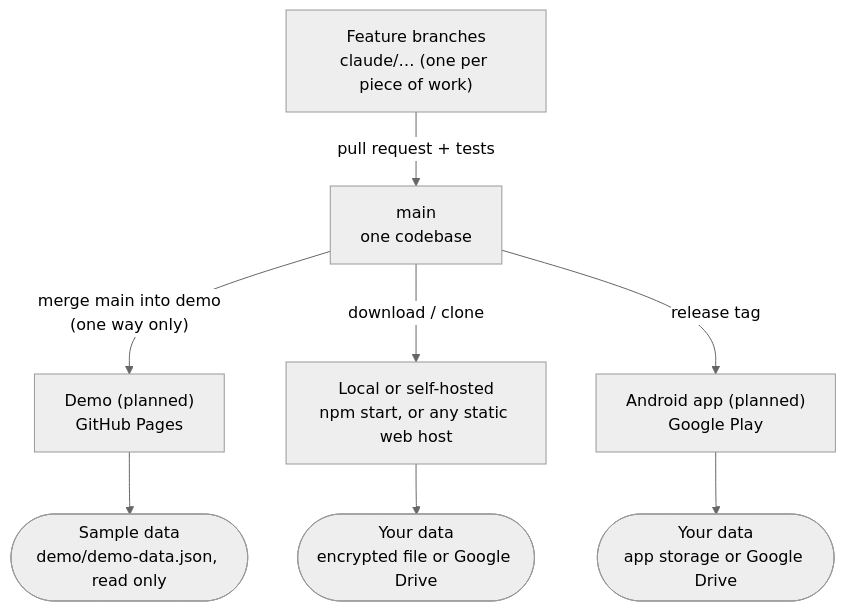
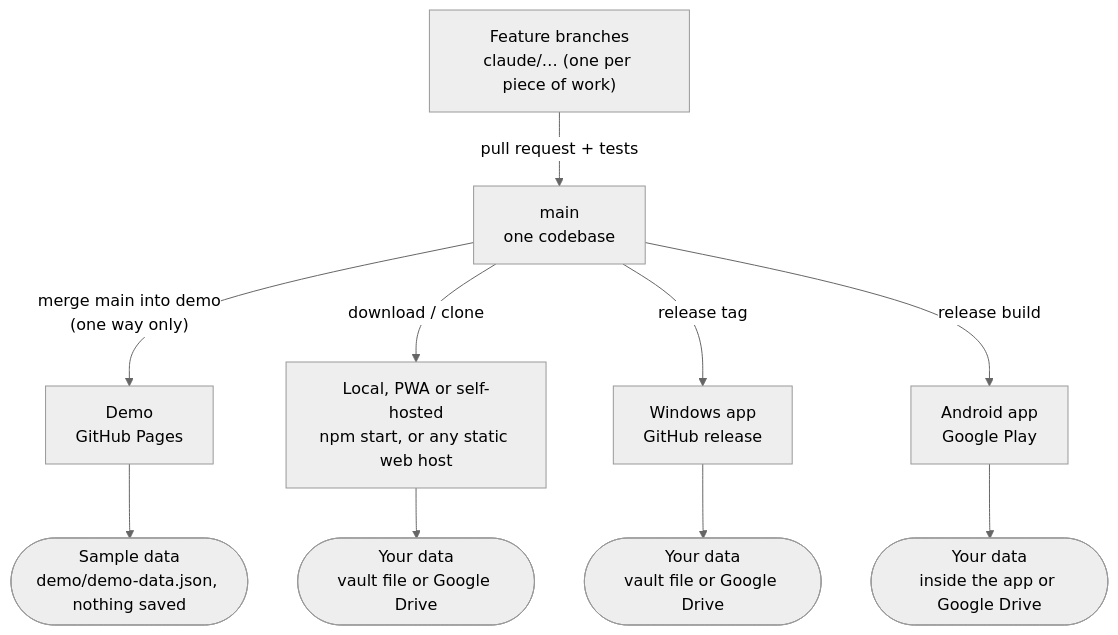
The diagram in README.md (make-ai-work/personal-financial-dashboard), drawn with Mermaid (neutral theme) before and after one commit. The commit also changed other lines of this file and 24 other files, not shown here.

````diff
--- a/README.md
+++ b/README.md
@@ -117,10 +333,12 @@
 ```mermaid
 flowchart TD
   F["Feature branches<br/>claude/… (one per piece of work)"] -- "pull request + tests" --> M["main<br/>one codebase"]
-  M -- "merge main into demo<br/>(one way only)" --> D["Demo (planned)<br/>GitHub Pages"]
-  M -- "download / clone" --> L["Local or self-hosted<br/>npm start, or any static web host"]
-  M -- "release tag" --> A["Android app (planned)<br/>Google Play"]
-  D --> SD(["Sample data<br/>demo/demo-data.json, read only"])
-  L --> SL(["Your data<br/>encrypted file or Google Drive"])
-  A --> SA(["Your data<br/>app storage or Google Drive"])
+  M -- "merge main into demo<br/>(one way only)" --> D["Demo<br/>GitHub Pages"]
+  M -- "download / clone" --> L["Local, PWA or self-hosted<br/>npm start, or any static web host"]
+  M -- "release tag" --> W["Windows app<br/>GitHub release"]
+  M -- "release build" --> A["Android app<br/>Google Play"]
+  D --> SD(["Sample data<br/>demo/demo-data.json, nothing saved"])
+  L --> SL(["Your data<br/>vault file or Google Drive"])
+  W --> SW(["Your data<br/>vault file or Google Drive"])
+  A --> SA(["Your data<br/>inside the app or Google Drive"])
 ```
````
